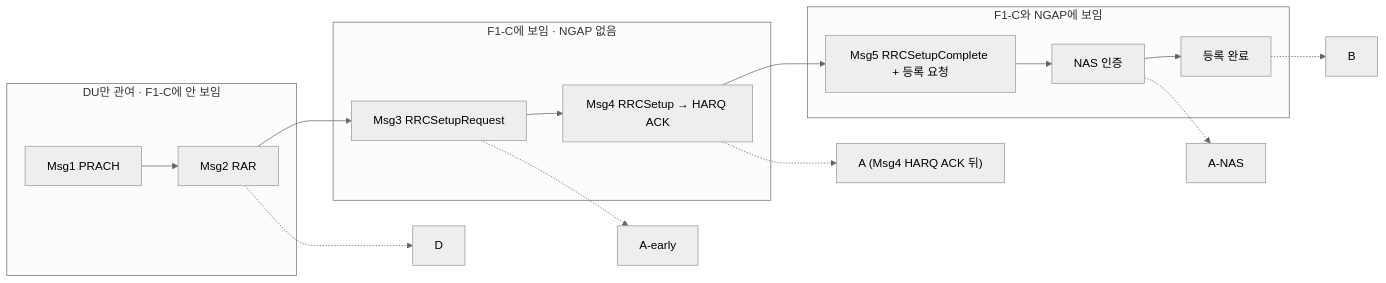
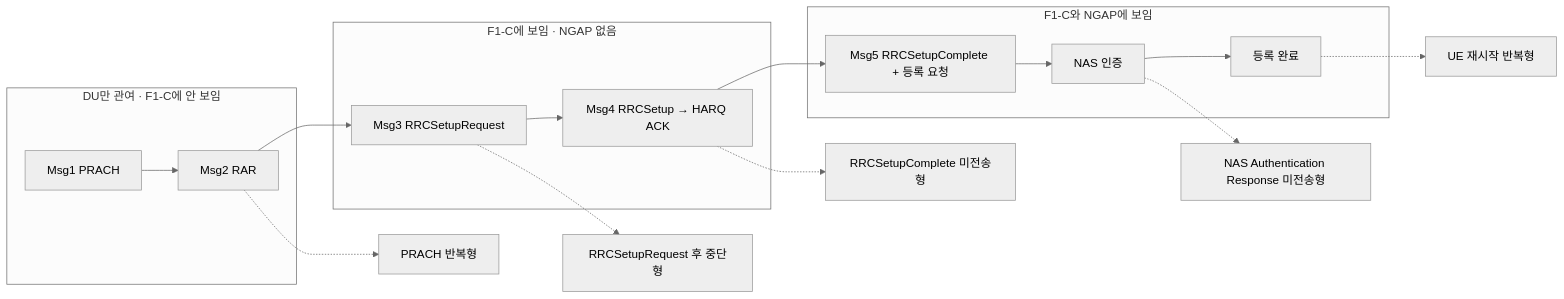
The second of 3 diagrams in rss-landscape.md (portranproject/ran-attack-reproducers), drawn with Mermaid (neutral theme) before and after one commit. The commit also changed other lines of this file and 115 other files, not shown here.

````diff
--- a/rss-landscape.md
+++ b/rss-landscape.md
@@ -117,19 +117,19 @@
 ```mermaid
 flowchart LR
   subgraph S1["DU만 관여 · F1-C에 안 보임"]
     M1["Msg1 PRACH"] --> M2["Msg2 RAR"]
   end
   subgraph S2["F1-C에 보임 · NGAP 없음"]
     M3["Msg3 RRCSetupRequest"] --> M4["Msg4 RRCSetup → HARQ ACK"]
   end
   subgraph S3["F1-C와 NGAP에 보임"]
     M5["Msg5 RRCSetupComplete + 등록 요청"] --> AU["NAS 인증"] --> OK["등록 완료"]
   end
   M2 --> M3
   M4 --> M5
-  M2 -.-> D["D"]
-  M3 -.-> AE["A-early"]
-  M4 -.-> A["A (Msg4 HARQ ACK 뒤)"]
-  AU -.-> AN["A-NAS"]
-  OK -.-> B["B"]
+  M2 -.-> PRACH_ABORT["PRACH 반복형"]
+  M3 -.-> SETUP_REQ_ABORT["RRCSetupRequest 후 중단형"]
+  M4 -.-> SETUP_OMIT["RRCSetupComplete 미전송형"]
+  AU -.-> AN["NAS Authentication Response 미전송형"]
+  OK -.-> UE_RESTART["UE 재시작 반복형"]
 ```
````
